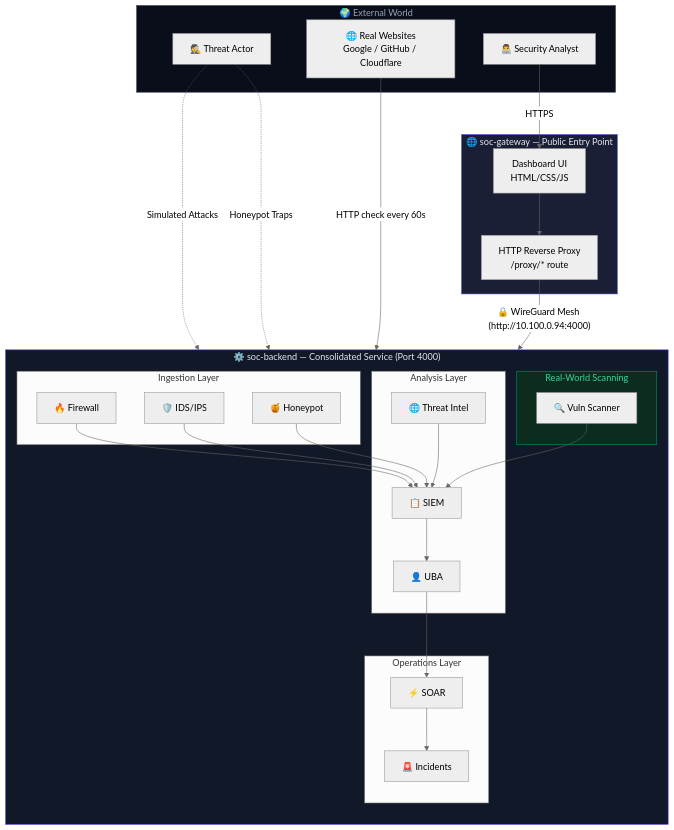
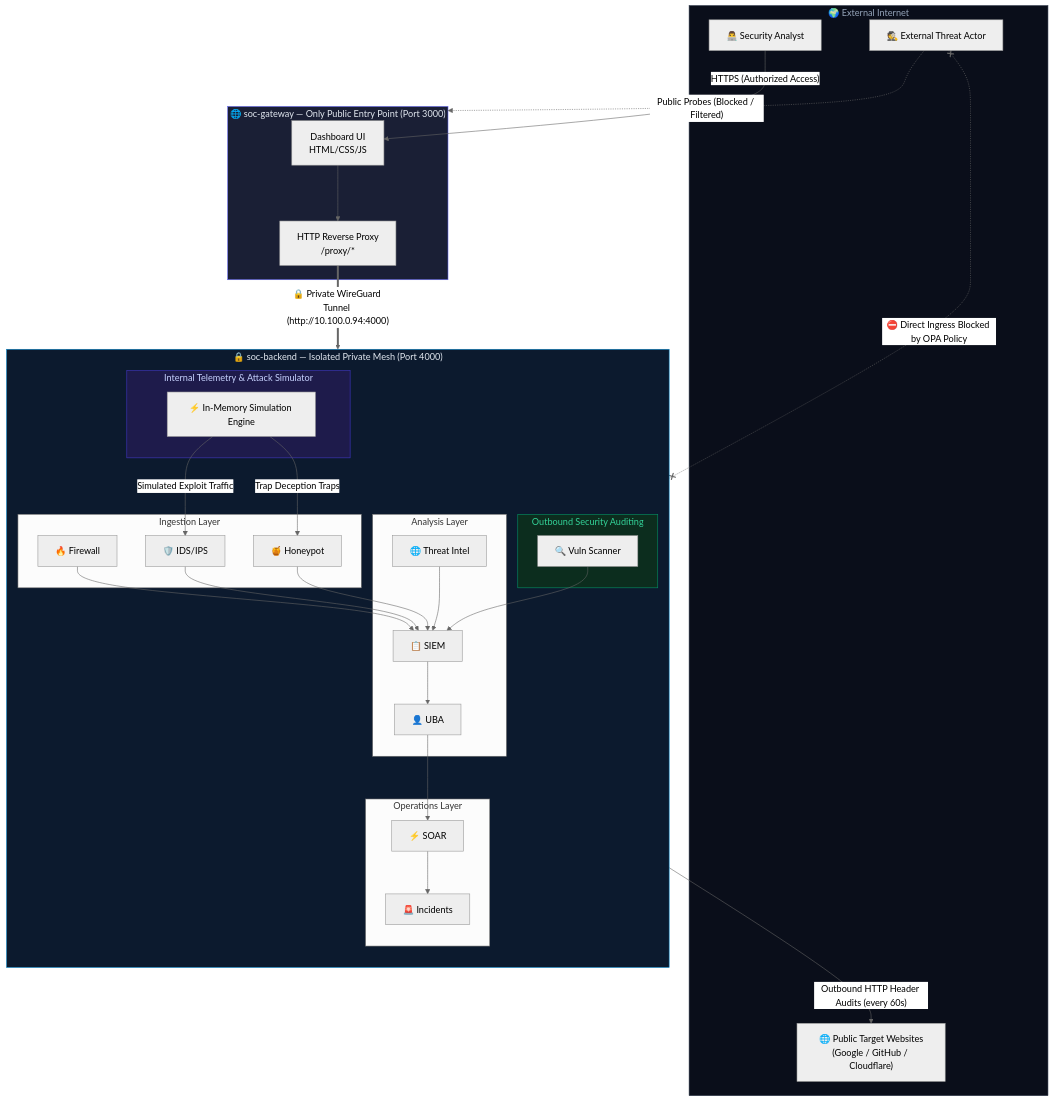
Before and after one commit to ZiadMahmoud2003/cumin-soc: the second of 15 diagrams in docs/REPORT.md, drawn with Mermaid (neutral theme).

Commit message:
docs: Correct Section 4.1 flowchart to eliminate false backend ingress
- Clarified that attacker traffic cannot reach private backend directly

- Corrected vuln scanner direction to show outbound checks

- Added in-memory simulation engine visualization

````diff
--- a/docs/REPORT.md
+++ b/docs/REPORT.md
@@ -123,55 +123,67 @@
 ```mermaid
 flowchart TD
-    subgraph EXT["🌍 External World"]
+    subgraph EXT["🌍 External Internet"]
         Analyst["👨‍💻 Security Analyst"]
-        Attacker["🕵️ Threat Actor"]
-        Websites["🌐 Real Websites\nGoogle / GitHub / Cloudflare"]
+        Attacker["🕵️ External Threat Actor"]
+        Websites["🌐 Public Target Websites\n(Google / GitHub / Cloudflare)"]
     end
 
-    subgraph GW["🌐 soc-gateway — Public Entry Point"]
+    subgraph GW["🌐 soc-gateway — Only Public Entry Point (Port 3000)"]
         UI["Dashboard UI\nHTML/CSS/JS"]
-        Proxy["HTTP Reverse Proxy\n/proxy/* route"]
+        Proxy["HTTP Reverse Proxy\n/proxy/*"]
     end
 
-    subgraph BE["⚙️ soc-backend — Consolidated Service (Port 4000)"]
+    subgraph BE["🔒 soc-backend — Isolated Private Mesh (Port 4000)"]
         direction TB
+        subgraph SIM["Internal Telemetry & Attack Simulator"]
+            Gen["⚡ In-Memory Simulation Engine"]
+        end
         subgraph ING["Ingestion Layer"]
             FW["🔥 Firewall"]
             IDS["🛡️ IDS/IPS"]
             HP["🍯 Honeypot"]
         end
         subgraph AN["Analysis Layer"]
             SIEM["📋 SIEM"]
             UBA["👤 UBA"]
             TI["🌐 Threat Intel"]
         end
         subgraph OP["Operations Layer"]
             SOAR["⚡ SOAR"]
             OPS["🚨 Incidents"]
         end
-        subgraph RS["Real-World Scanning"]
+        subgraph RS["Outbound Security Auditing"]
             VS["🔍 Vuln Scanner"]
         end
     end
 
-    Analyst -->|"HTTPS"| UI
-    Attacker -.->|"Simulated Attacks"| IDS
-    Attacker -.->|"Honeypot Traps"| HP
-    Websites -->|"HTTP check every 60s"| VS
+    %% External Connections (Zero Trust)
+    Analyst -->|"HTTPS (Authorized Access)"| UI
+    Attacker -.->|"Public Probes (Blocked / Filtered)"| GW
+    Attacker x-.-x|"⛔ Direct Ingress Blocked by OPA Policy"| BE
+
+    %% Gateway to Backend exclusively over WireGuard
     UI --> Proxy
-    Proxy -->|"🔒 WireGuard Mesh (http://10.100.0.94:4000)"| BE
+    Proxy ==>|"🔒 Private WireGuard Tunnel (http://10.100.0.94:4000)"| BE
 
+    %% Outbound Scanning (Backend initiates, not external)
+    VS -->|"Outbound HTTP Header Audits (every 60s)"| Websites
+
+    %% Internal Telemetry Pipeline
+    Gen -->|"Simulated Exploit Traffic"| IDS
+    Gen -->|"Trap Deception Traps"| HP
     FW --> SIEM
     IDS --> SIEM
     HP --> SIEM
     TI --> SIEM
     VS --> SIEM
     SIEM --> UBA
     UBA --> SOAR
     SOAR --> OPS
 
     style EXT fill:#0a0e1a,color:#94a3b8,stroke:#2d3748
     style GW fill:#1a1f35,color:#e2e8f0,stroke:#6366f1
-    style BE fill:#111827,color:#e2e8f0,stroke:#4f46e5
+    style BE fill:#0c1a2e,color:#e2e8f0,stroke:#0284c7
+    style SIM fill:#1e1b4b,color:#c7d2fe,stroke:#4338ca
     style RS fill:#0c2d1e,color:#34d399,stroke:#059669
 ```
````
